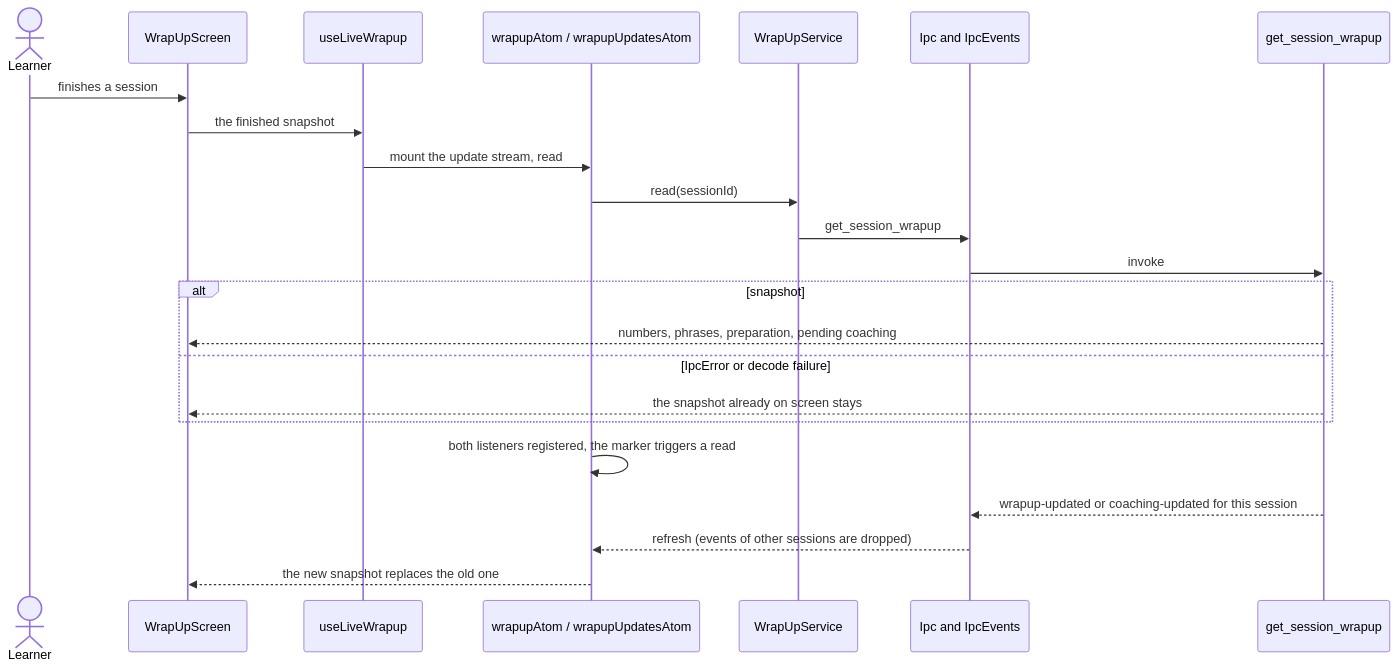
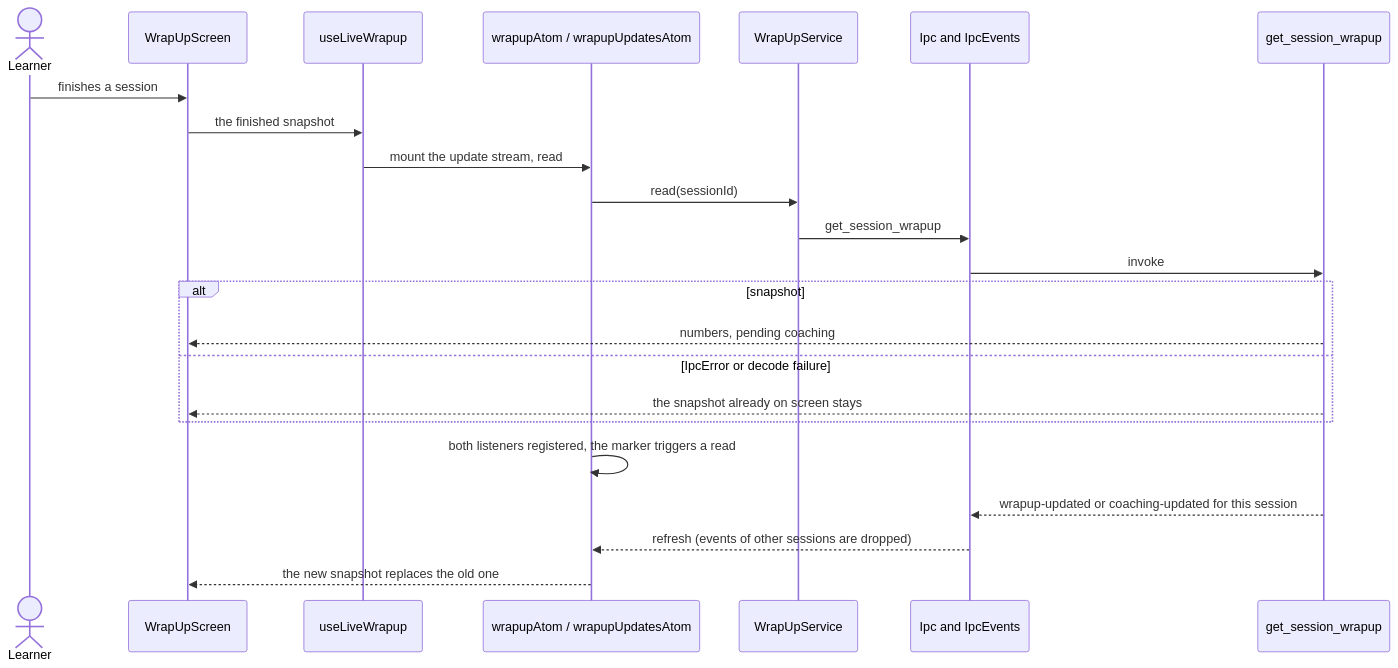
The first of 2 diagrams in src/features/wrap-up/flow.md (oleksii-latyshev/english-trainer), drawn with Mermaid before and after one commit. The commit also changed other lines of this file and 93 other files, not shown here.

````diff
--- a/src/features/wrap-up/flow.md
+++ b/src/features/wrap-up/flow.md
@@ -13,26 +13,26 @@
 ```mermaid
 sequenceDiagram
     actor Learner
     participant Screen as WrapUpScreen
     participant Hook as useLiveWrapup
     participant Atoms as wrapupAtom / wrapupUpdatesAtom
     participant Service as WrapUpService
     participant Ipc as Ipc and IpcEvents
     participant Rust as get_session_wrapup
 
     Learner->>Screen: finishes a session
     Screen->>Hook: the finished snapshot
     Hook->>Atoms: mount the update stream, read
     Atoms->>Service: read(sessionId)
     Service->>Ipc: get_session_wrapup
     Ipc->>Rust: invoke
     alt snapshot
-        Rust-->>Screen: numbers, phrases, preparation, pending coaching
+        Rust-->>Screen: numbers, pending coaching
     else IpcError or decode failure
         Rust-->>Screen: the snapshot already on screen stays
     end
     Atoms->>Atoms: both listeners registered, the marker triggers a read
     Rust-->>Ipc: wrapup-updated or coaching-updated for this session
     Ipc-->>Atoms: refresh (events of other sessions are dropped)
     Atoms-->>Screen: the new snapshot replaces the old one
 ```
````
